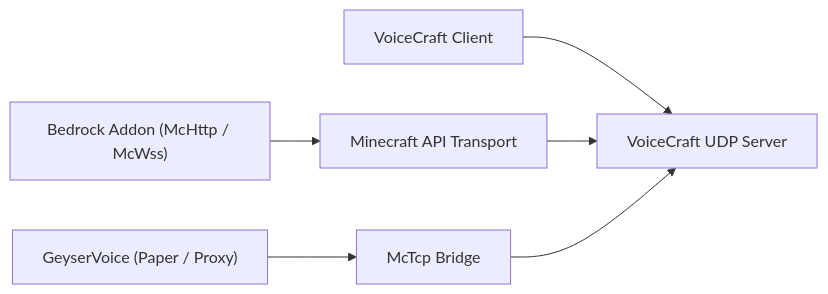
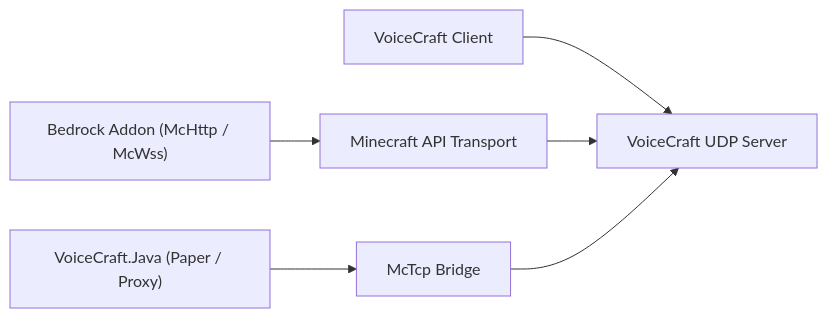
Before and after one commit to AvionBlock/VoiceCraft.Docs: the diagram in content/de/ecosystem/overview.md, drawn with Mermaid. The commit also changed other lines of this file and 275 other files, not shown here.

````diff
--- a/content/de/ecosystem/overview.md
+++ b/content/de/ecosystem/overview.md
@@ -17,8 +17,8 @@
 ```mermaid
 flowchart LR
   A["VoiceCraft Client"] --> B["VoiceCraft UDP Server"]
   C["Bedrock Addon (McHttp / McWss)"] --> D["Minecraft API Transport"]
   D --> B
-  E["GeyserVoice (Paper / Proxy)"] --> F["McTcp Bridge"]
+  E["VoiceCraft.Java (Paper / Proxy)"] --> F["McTcp Bridge"]
   F --> B
 ```
````
